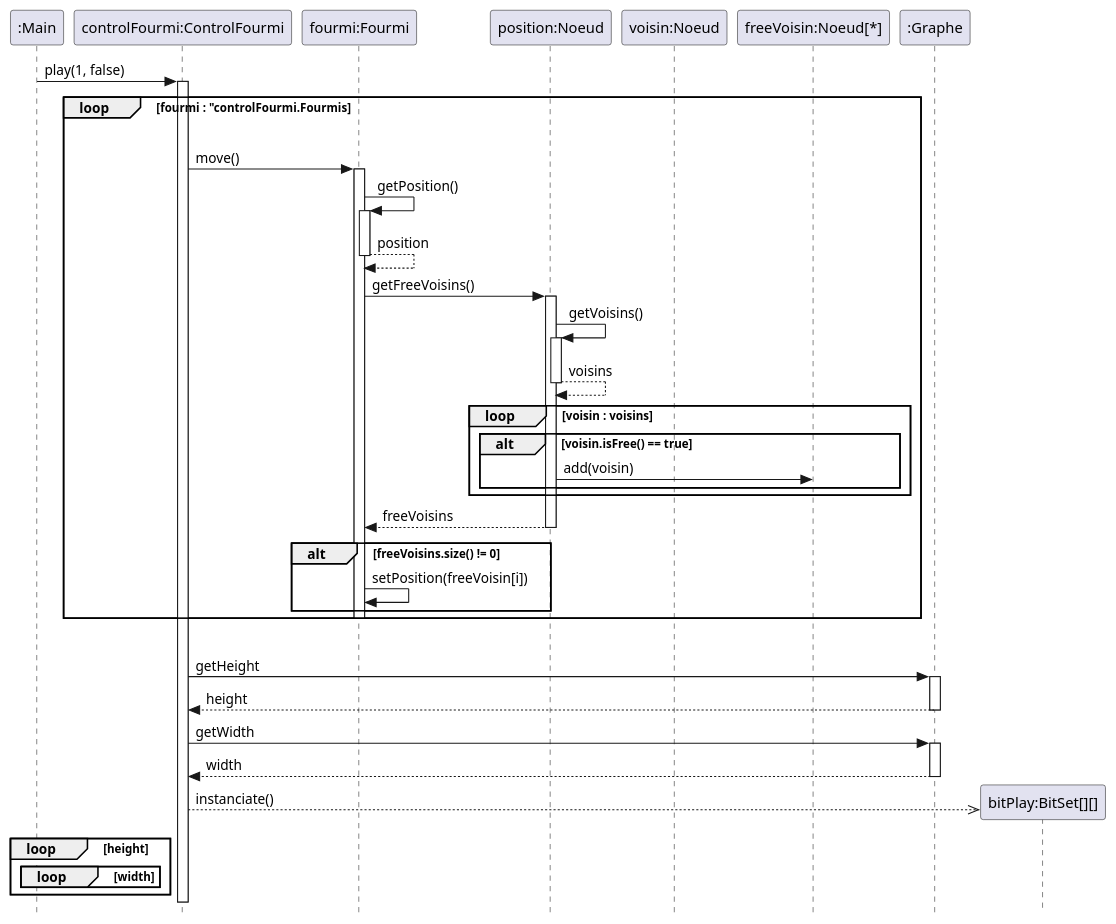
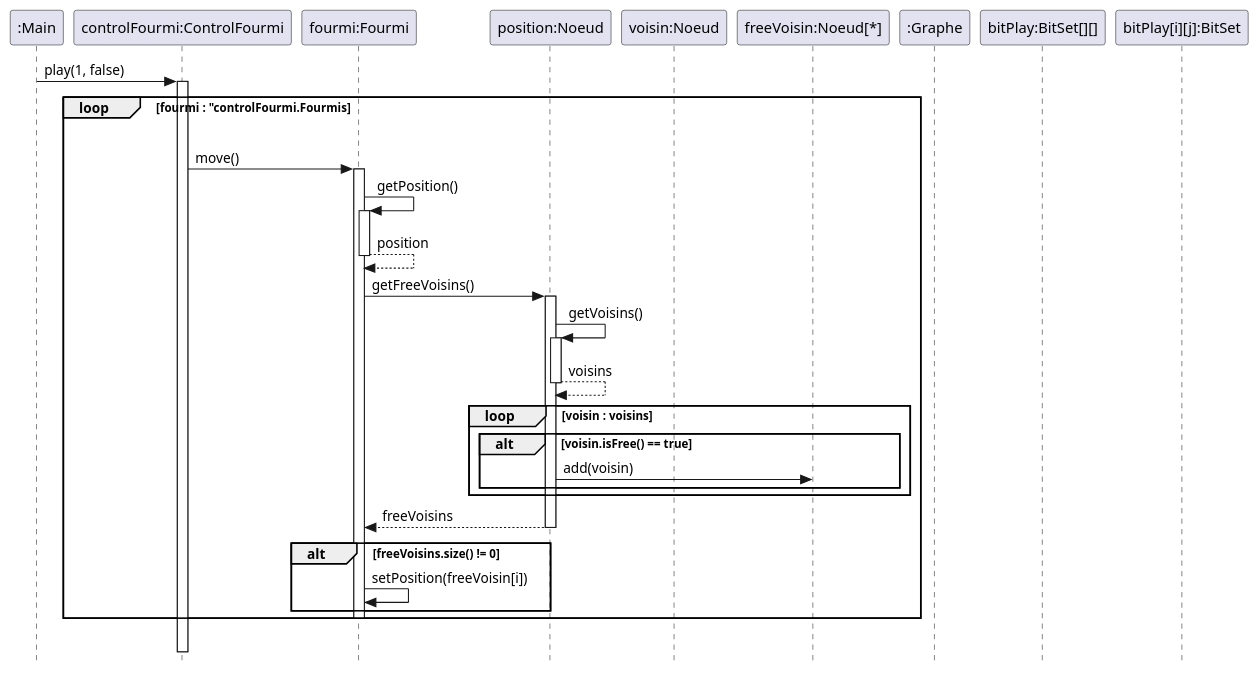
Before and after one commit to ErenMustafaGit/ColonieFourmis: the diagram in src/main/uml/Fourmis_DS.puml, drawn with PlantUML.

Commit message:
Fourmis_DS : le prof a dis pas besoin de remplir le bitSet donc arrêt et mise en commentaire

```diff
--- a/src/main/uml/Fourmis_DS.puml
+++ b/src/main/uml/Fourmis_DS.puml
@@ -1,57 +1,69 @@
 @startuml
 'https://plantuml.com/sequence-diagram
 skinparam style strictuml
 'autonumber
 hide footbox
 
 'title Méthode jouer()
 participant ":Main" as main
 participant "controlFourmi:ControlFourmi" as controlFourmi
 participant "fourmi:Fourmi" as fourmi
 participant "position:Noeud" as position
 participant "voisin:Noeud" as voisin
 participant "freeVoisin:Noeud[*]" as freeVoisins
 participant ":Graphe" as graphe
 participant "bitPlay:BitSet[][]" as bitPlay
+participant "bitPlay[i][j]:BitSet" as bitSet
 
 main -> controlFourmi ++ : play(1, false)
     loop fourmi : "controlFourmi.Fourmis
     |||
         controlFourmi -> fourmi ++ : move()
         fourmi -> fourmi  ++ : getPosition()
         return position
 
         fourmi -> position ++ : getFreeVoisins()
             position -> position ++ : getVoisins()
             return voisins
             loop voisin : voisins
                 alt voisin.isFree() == true
                     position -> freeVoisins : add(voisin)
                 end
             end
         return freeVoisins
 
         alt freeVoisins.size() != 0
             fourmi -> fourmi : setPosition(freeVoisin[i])
         end
         deactivate fourmi
     end
 |||
-    controlFourmi -> graphe ++ : getHeight
-    return height
-    controlFourmi -> graphe ++ : getWidth
-    return width
+    'controlFourmi -> graphe ++ : getHeight
+    'return height
+    'controlFourmi -> graphe ++ : getWidth
+    'return width
 
-    create bitPlay
-    controlFourmi -->> bitPlay : instanciate()
-        loop height
-            loop width
+    'create bitPlay
+    'controlFourmi -->> bitPlay : instanciate(height, width)
+        'loop height
+            'loop width
+                'create bitSet
+                'controlFourmi -->> bitSet : instanciate(7)
 
-            end
-        end
+                'controlFourmi -> graphe ++ : getNoeud(height,width)
+                'return noeud
+                'alt noeud.getNoeudState == STATE.ANTHILL
+                    'controlFourmi -> bitSet : set(0,true)
+                'end
+                'alt noeud.getNoeudState == STATE.ANTHILL
+                    'controlFourmi -> bitSet : set(0,true)
+                'end
+            'end
+            'return bitPlay
+        'end
 
 deactivate controlFourmi
 
 
 
 @enduml
```
